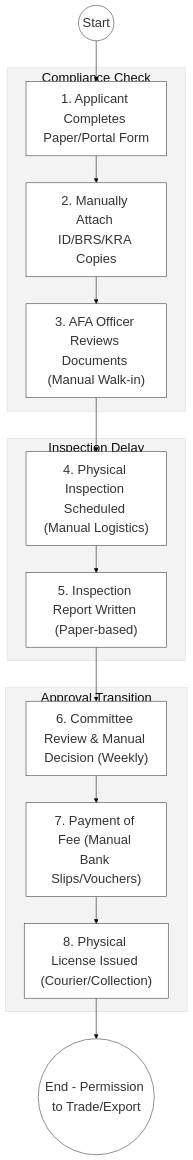
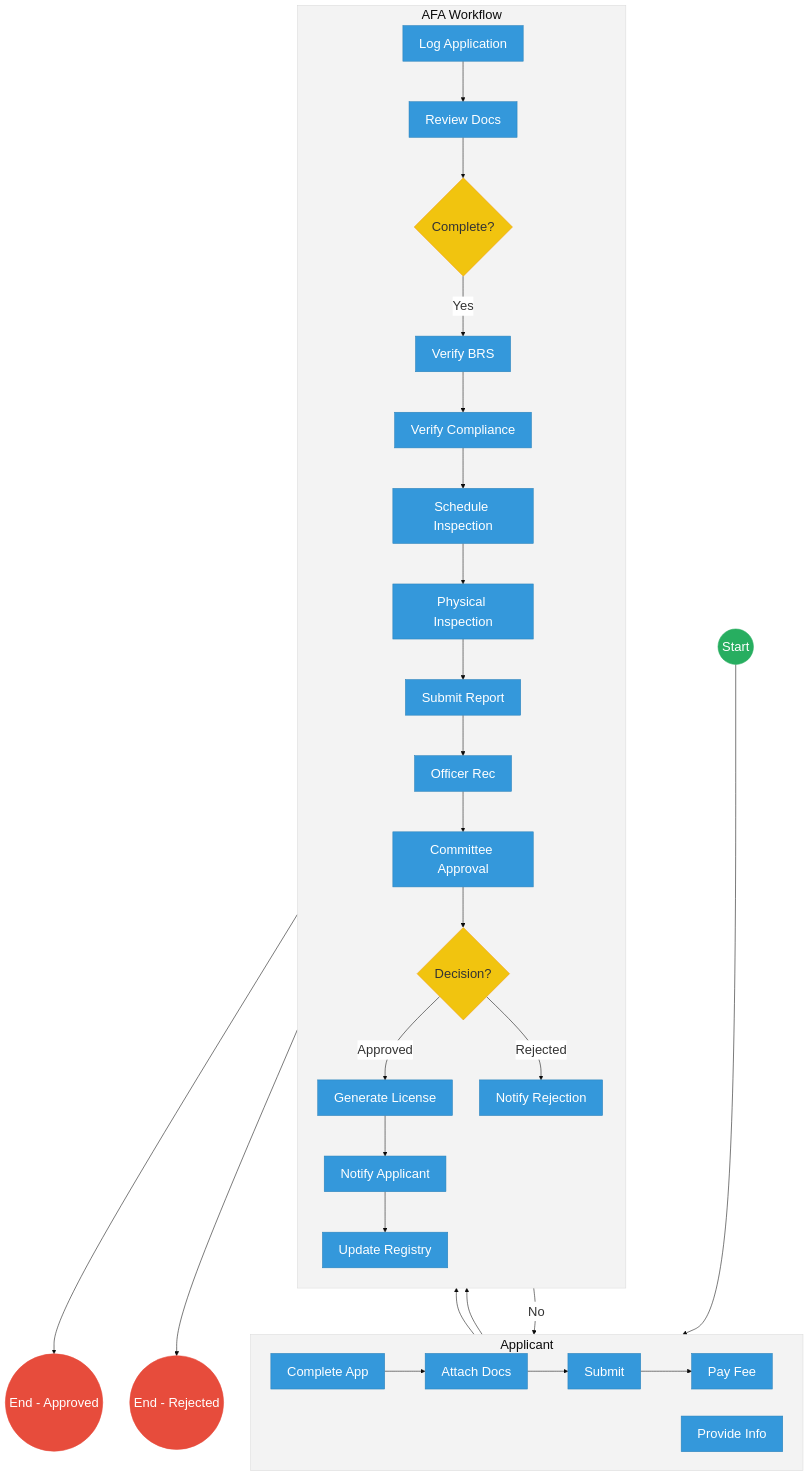
The first of 2 diagrams in mdas/docs_final/priority_mdas/Agriculture_and_Food_Authority___Service_Delivery.md (BITZ-IT-Consulting-LTD/ictapoc), drawn with Mermaid before and after one commit. The commit also changed other lines of this file and 90 other files, not shown here.

````diff
--- a/mdas/docs_final/priority_mdas/Agriculture_and_Food_Authority___Service_Delivery.md
+++ b/mdas/docs_final/priority_mdas/Agriculture_and_Food_Authority___Service_Delivery.md
@@ -77,23 +31,57 @@
 ```mermaid
 %%{init: { 'theme': 'base', 'themeVariables': { 'fontSize': '24px', 'fontFamily': 'Inter, system-ui, sans-serif', 'primaryColor': '#ffffff', 'edgeLabelBackground':'#ffffff', 'tertiaryColor': '#f3f3f3', 'mainBkg': '#ffffff', 'nodeBorder': '#333333' } } }%%
 flowchart TD
-    Start((Start)) --> Apply["1. Applicant Completes Paper/Portal Form"]
-    
-    subgraph Verification_Silo["Compliance Check"]
-        Apply --> Attach["2. Manually Attach ID/BRS/KRA Copies"]
-        Attach --> Desk["3. AFA Officer Reviews Documents (Manual Walk-in)"]
+    %% Events
+    Start((Start))
+    EndApprove(("End - Approved"))
+    EndReject(("End - Rejected"))
+
+    subgraph Applicant [Applicant]
+        direction LR
+        CompleteApp["Complete App"] --> AttachDocs["Attach Docs"]
+        AttachDocs --> SubmitApp[Submit]
+        SubmitApp --> PayFee["Pay Fee"]
+        ProvideMoreInfo["Provide Info"]
     end
 
-    subgraph Operation_Silo["Inspection Delay"]
-        Desk --> Insp["4. Physical Inspection Scheduled (Manual Logistics)"]
-        Insp --> Report["5. Inspection Report Written (Paper-based)"]
+    subgraph AFA["AFA Workflow"]
+        direction TB
+        LogApp["Log Application"] --> ReviewDocs["Review Docs"]
+        ReviewDocs --> DocsGateway{Complete?}
+        
+        DocsGateway -- "No" --> ProvideMoreInfo
+        ProvideMoreInfo --> ReviewDocs
+        
+        DocsGateway -- "Yes" --> VerifyBRS["Verify BRS"]
+        VerifyBRS --> VerifyCompliance["Verify Compliance"]
+        VerifyCompliance --> ScheduleInsp["Schedule Inspection"]
+        ScheduleInsp --> PhysInsp["Physical Inspection"]
+        PhysInsp --> SubmitInspReport["Submit Report"]
+        SubmitInspReport --> OfficerRec["Officer Rec"]
+        OfficerRec --> DirApproval["Committee Approval"]
+        DirApproval --> ApprovalGateway{Decision?}
+        
+        ApprovalGateway -- "Approved" --> GenLicense["Generate License"]
+        GenLicense --> NotifyApp["Notify Applicant"]
+        NotifyApp --> UpdateReg["Update Registry"]
+        
+        ApprovalGateway -- "Rejected" --> NotifyReject["Notify Rejection"]
     end
 
-    subgraph Settlement_Layer["Approval Transition"]
-        Report --> Comm["6. Committee Review & Manual Decision (Weekly)"]
-        Comm --> Pay["7. Payment of Fee (Manual Bank Slips/Vouchers)"]
-        Pay --> Cert["8. Physical License Issued (Courier/Collection)"]
-    end
+    %% Flow connections between subgraphs
+    Start --> CompleteApp
+    PayFee --> LogApp
+    UpdateReg --> EndApprove
+    NotifyReject --> EndReject
 
-    Cert --> EndProcess(("End - Permission to Trade/Export"))
+    %% Styling
+    classDef startEvent fill:#27ae60,stroke:#27ae60,color:#fff,font-size:24px,font-size:24px;;
+    classDef endEvent fill:#e74c3c,stroke:#e74c3c,color:#fff,font-size:24px,font-size:24px;;
+    classDef userTask fill:#3498db,stroke:#2980b9,color:#fff,font-size:24px,font-size:24px;;
+    classDef gateway fill:#f1c40f,stroke:#f39c12,color:#333,font-size:24px,font-size:24px;;
+    
+    class Start startEvent;
+    class EndApprove,EndReject endEvent;
+    class DocsGateway,ApprovalGateway gateway;
+    class CompleteApp,AttachDocs,SubmitApp,PayFee,ProvideMoreInfo,LogApp,ReviewDocs,VerifyBRS,VerifyCompliance,ScheduleInsp,PhysInsp,SubmitInspReport,OfficerRec,DirApproval,GenLicense,NotifyApp,UpdateReg,NotifyReject userTask;
 ```
````
